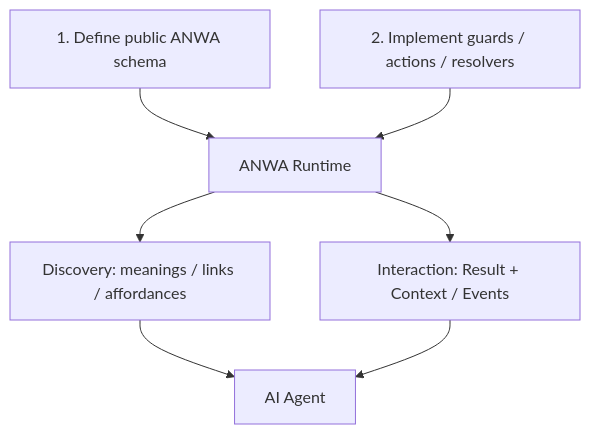
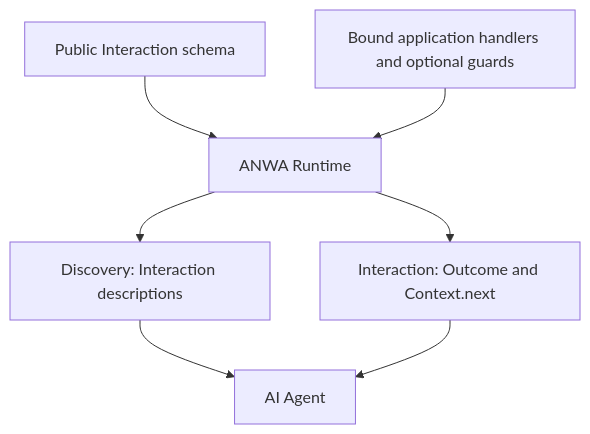
One commit to pomesaka/ANWA changed the diagram in README.md. Above: the diagram before and after it, drawn with Mermaid. The commit also changed other lines of this file, not shown here.

Commit message:
docs(v0.2): make Interaction-first contract and demos the README entrypoint

````diff
--- a/README.md
+++ b/README.md
@@ -21,9 +21,9 @@
 ```mermaid
 flowchart TB
-    S[1. Define public ANWA schema] --> F[ANWA Runtime]
-    C[2. Implement guards / actions / resolvers] --> F
-    F --> D[Discovery: meanings / links / affordances]
-    F --> I[Interaction: Result + Context / Events]
+    S[Public Interaction schema] --> F[ANWA Runtime]
+    C[Bound application handlers and optional guards] --> F
+    F --> D[Discovery: Interaction descriptions]
+    F --> I[Interaction: Outcome and Context.next]
     D --> A[AI Agent]
     I --> A
 ```
````
